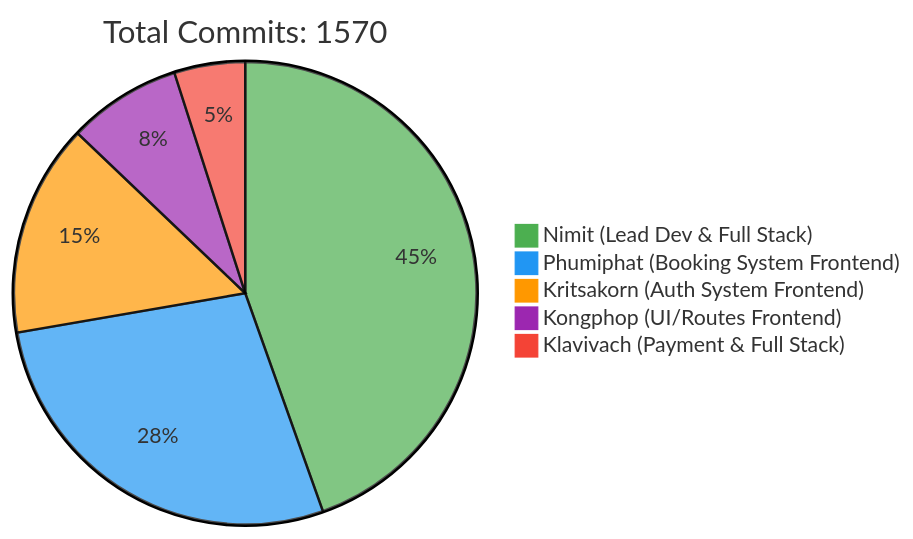
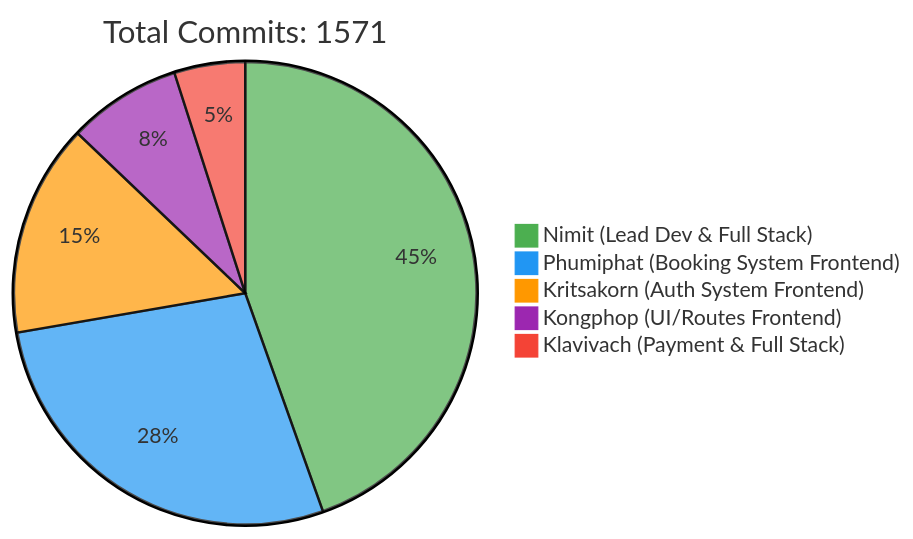
The first of 2 diagrams in README.md (6531503042/Sport-Complex), drawn with Mermaid before and after one commit. The commit also changed other lines of this file, not shown here.

Commit message:
docs: Update contributor statistics [skip ci]

````diff
--- a/README.md
+++ b/README.md
@@ -257,10 +257,10 @@
 ```mermaid
 %%{init: {'theme': 'base', 'themeVariables': { 'pie1': '#4CAF50', 'pie2': '#2196F3', 'pie3': '#FF9800', 'pie4': '#9C27B0', 'pie5': '#F44336'}}}%%
 pie
-    title Total Commits: 1570
+    title Total Commits: 1571
     "Nimit (Lead Dev & Full Stack)" : 450
     "Phumiphat (Booking System Frontend)" : 280
     "Kritsakorn (Auth System Frontend)" : 150
     "Kongphop (UI/Routes Frontend)" : 80
     "Klavivach (Payment & Full Stack)" : 50
 ```
````
